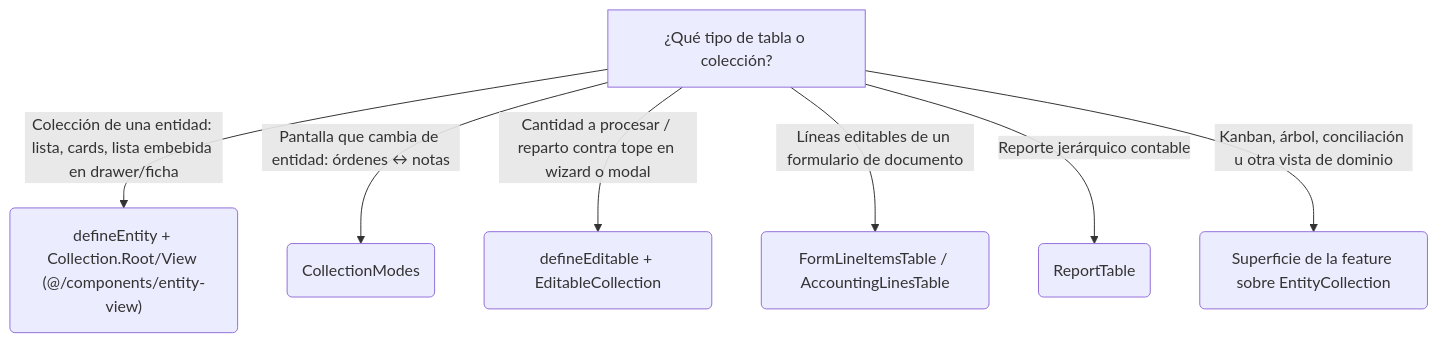
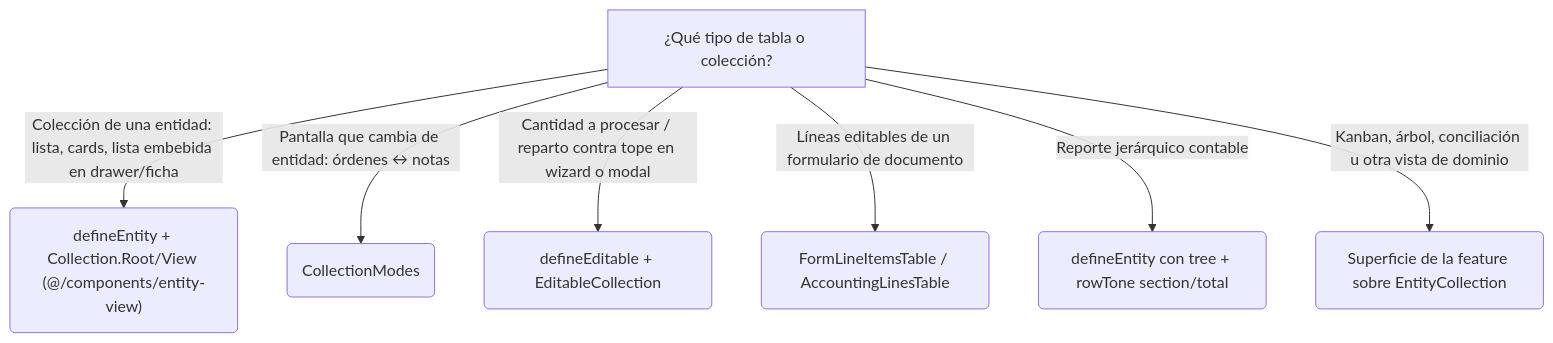
Before and after one commit to Patricoaa/ERPGrafico: the fourth of 6 diagrams in docs/20-contracts/component-decision-tree.md, drawn with Mermaid. The commit also changed other lines of this file and 18 other files, not shown here.

First line of the commit message:
refactor(finance): estados financieros sobre entity-view; se retira ReportTable

````diff
--- a/docs/20-contracts/component-decision-tree.md
+++ b/docs/20-contracts/component-decision-tree.md
@@ -73,10 +73,10 @@
 ```mermaid
 graph TD
     T[¿Qué tipo de tabla o colección?]
     T -->|Colección de una entidad: lista, cards, lista embebida en drawer/ficha| TA("defineEntity + Collection.Root/View (@/components/entity-view)")
     T -->|Pantalla que cambia de entidad: órdenes ↔ notas| TM(CollectionModes)
     T -->|Cantidad a procesar / reparto contra tope en wizard o modal| TB(defineEditable + EditableCollection)
     T -->|Líneas editables de un formulario de documento| TD(FormLineItemsTable / AccountingLinesTable)
-    T -->|Reporte jerárquico contable| TE(ReportTable)
+    T -->|Reporte jerárquico contable| TE("defineEntity con tree + rowTone section/total")
     T -->|Kanban, árbol, conciliación u otra vista de dominio| TF("Superficie de la feature sobre EntityCollection<T>")
 ```
````
